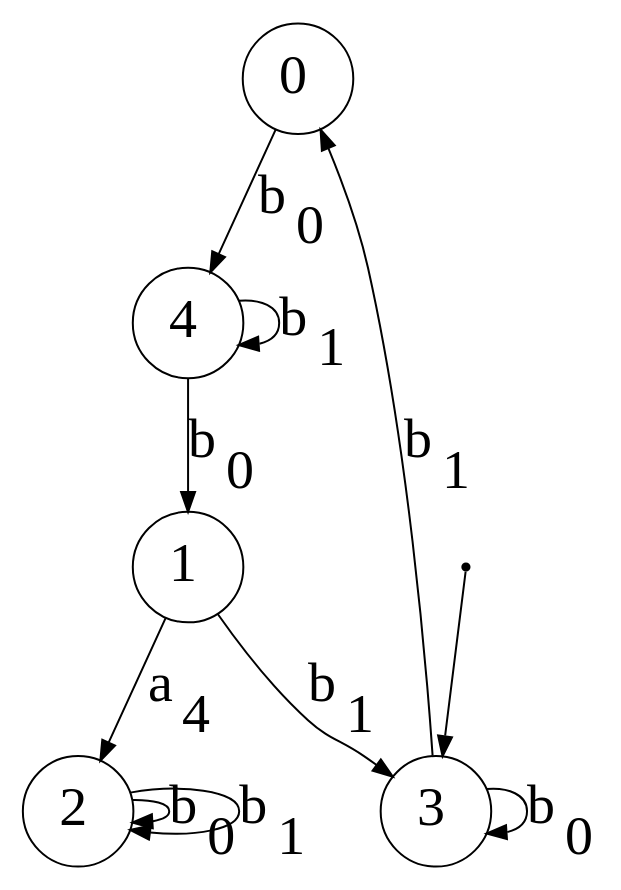
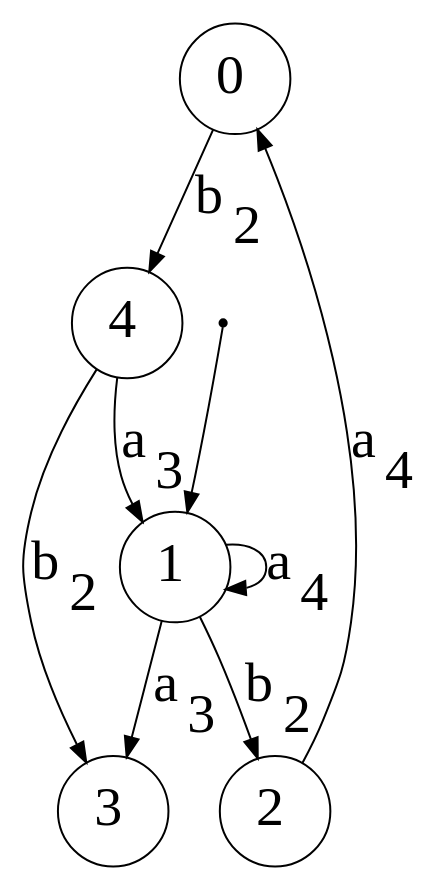
One commit to Reithger/Finite-State-Machine-Model changed the diagram in dotsource.dot. Above: the diagram before and after it, drawn with Graphviz. The commit also changed 10 other files, not shown here.

```diff
--- a/dotsource.dot
+++ b/dotsource.dot
@@ -1,18 +1,16 @@
 digraph G {
 "n0"[label= <0> shape=circle color="black" style=wedged fillcolor="white" style=filled fontsize="28"];
 "n1"[label= <1> shape=circle color="black" style=wedged fillcolor="white" style=filled fontsize="28"];
+"ArbitraryUnusedNameNoWorriesJustGrooving2"[fontSize=1 shape=point];
 "n2"[label= <2> shape=circle color="black" style=wedged fillcolor="white" style=filled fontsize="28"];
 "n3"[label= <3> shape=circle color="black" style=wedged fillcolor="white" style=filled fontsize="28"];
-"ArbitraryUnusedNameNoWorriesJustGrooving4"[fontSize=1 shape=point];
 "n4"[label= <4> shape=circle color="black" style=wedged fillcolor="white" style=filled fontsize="28"];
-{"ArbitraryUnusedNameNoWorriesJustGrooving4"}->{"n3"};
-{"n0"}->{"n4"}[label = <b<sub>0</sub>> color="black" arrowhead="normal" style="" fontsize="28"];
-{"n1"}->{"n3"}[label = <b<sub>1</sub>> color="black" arrowhead="normal" style="" fontsize="28"];
-{"n1"}->{"n2"}[label = <a<sub>4</sub>> color="black" arrowhead="normal" style="" fontsize="28"];
-{"n2"}->{"n2"}[label = <b<sub>0</sub>> color="black" arrowhead="normal" style="" fontsize="28"];
-{"n2"}->{"n2"}[label = <b<sub>1</sub>> color="black" arrowhead="normal" style="" fontsize="28"];
-{"n3"}->{"n3"}[label = <b<sub>0</sub>> color="black" arrowhead="normal" style="" fontsize="28"];
-{"n3"}->{"n0"}[label = <b<sub>1</sub>> color="black" arrowhead="normal" style="" fontsize="28"];
-{"n4"}->{"n1"}[label = <b<sub>0</sub>> color="black" arrowhead="normal" style="" fontsize="28"];
-{"n4"}->{"n4"}[label = <b<sub>1</sub>> color="black" arrowhead="normal" style="" fontsize="28"];
+{"ArbitraryUnusedNameNoWorriesJustGrooving2"}->{"n1"};
+{"n0"}->{"n4"}[label = <b<sub>2</sub>> color="black" arrowhead="normal" style="" fontsize="28"];
+{"n1"}->{"n2"}[label = <b<sub>2</sub>> color="black" arrowhead="normal" style="" fontsize="28"];
+{"n1"}->{"n1"}[label = <a<sub>4</sub>> color="black" arrowhead="normal" style="" fontsize="28"];
+{"n1"}->{"n3"}[label = <a<sub>3</sub>> color="black" arrowhead="normal" style="" fontsize="28"];
+{"n2"}->{"n0"}[label = <a<sub>4</sub>> color="black" arrowhead="normal" style="" fontsize="28"];
+{"n4"}->{"n3"}[label = <b<sub>2</sub>> color="black" arrowhead="normal" style="" fontsize="28"];
+{"n4"}->{"n1"}[label = <a<sub>3</sub>> color="black" arrowhead="normal" style="" fontsize="28"];
 }
```
